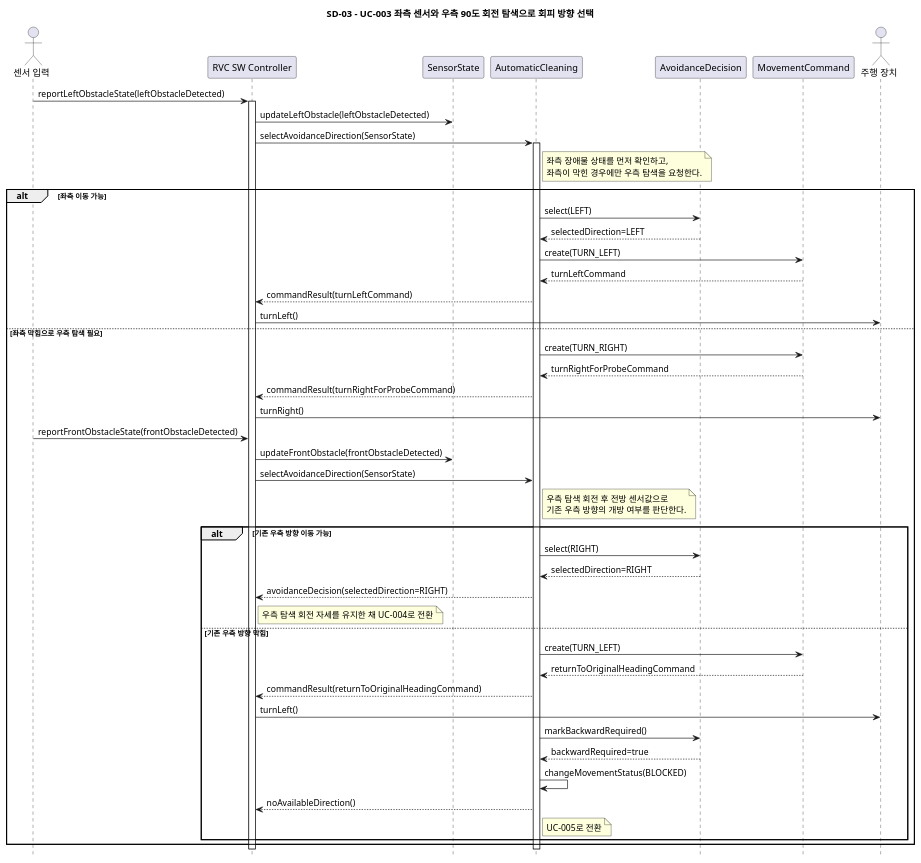
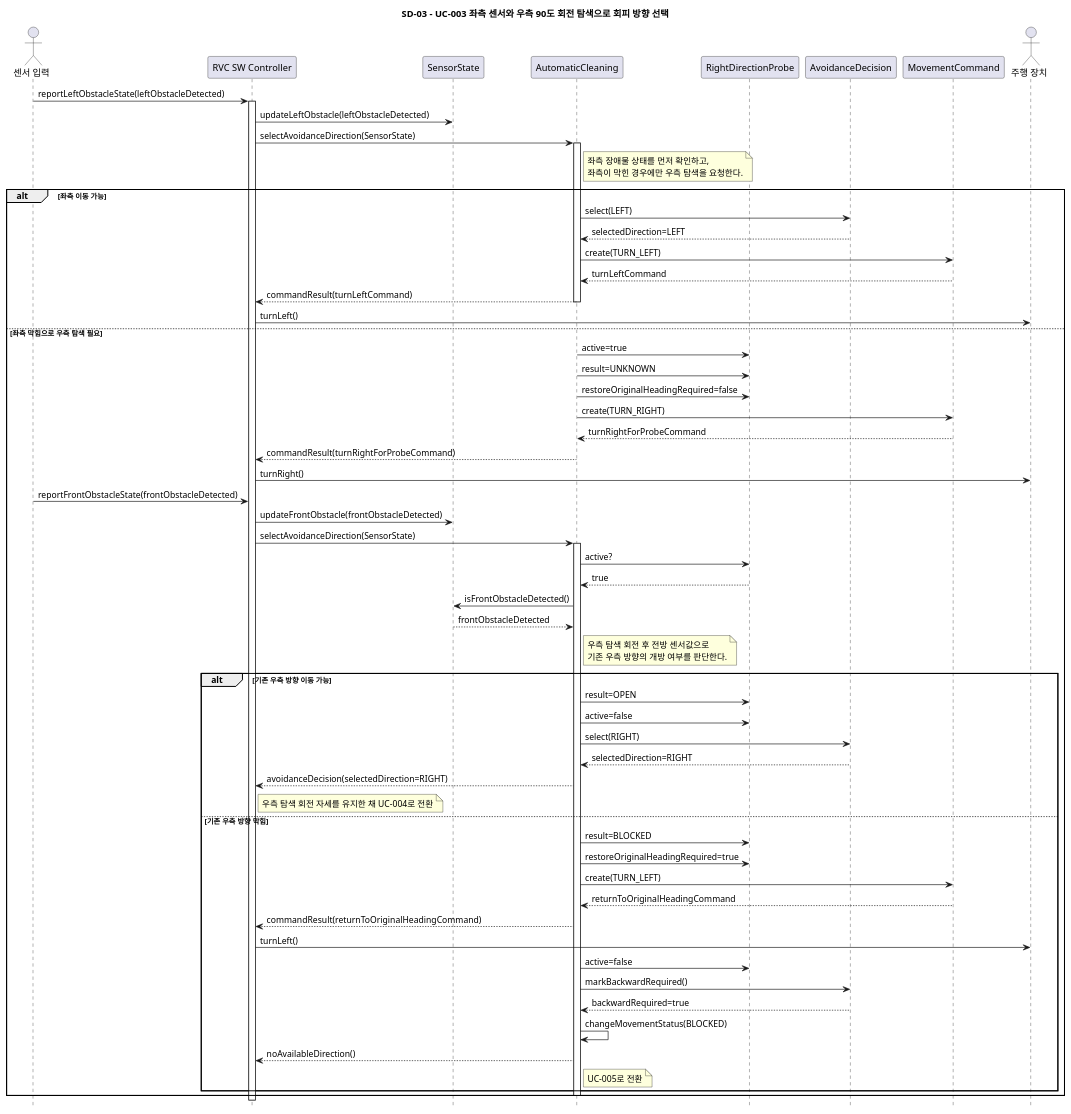
The diagram in docs/sd-without-right-sensor/SD-03.puml (OOAD-Team3/Robot-Vacuum-Cleaner-AI), drawn with PlantUML before and after one commit. The commit also changed 1 other file, not shown here.

```diff
--- a/docs/sd-without-right-sensor/SD-03.puml
+++ b/docs/sd-without-right-sensor/SD-03.puml
@@ -6,58 +6,74 @@
 @startuml SD_03_UC003_Select_Avoidance_Direction_Without_Right_Sensor
 hide footbox
 title SD-03 - UC-003 좌측 센서와 우측 90도 회전 탐색으로 회피 방향 선택
 
 actor "센서 입력" as Sensor
 participant "RVC SW Controller" as Controller
 participant "SensorState" as SensorState
 participant "AutomaticCleaning" as Cleaning
+participant "RightDirectionProbe" as RightProbe
 participant "AvoidanceDecision" as AvoidanceDecision
 participant "MovementCommand" as MovementCommand
 actor "주행 장치" as Drive
 
 Sensor -> Controller: reportLeftObstacleState(leftObstacleDetected)
 activate Controller
 Controller -> SensorState: updateLeftObstacle(leftObstacleDetected)
 Controller -> Cleaning: selectAvoidanceDirection(SensorState)
 activate Cleaning
 note right of Cleaning: 좌측 장애물 상태를 먼저 확인하고,\n좌측이 막힌 경우에만 우측 탐색을 요청한다.
 
 alt 좌측 이동 가능
     Cleaning -> AvoidanceDecision: select(LEFT)
     AvoidanceDecision --> Cleaning: selectedDirection=LEFT
     Cleaning -> MovementCommand: create(TURN_LEFT)
     MovementCommand --> Cleaning: turnLeftCommand
     Cleaning --> Controller: commandResult(turnLeftCommand)
+    deactivate Cleaning
     Controller -> Drive: turnLeft()
 else 좌측 막힘으로 우측 탐색 필요
+    Cleaning -> RightProbe: active=true
+    Cleaning -> RightProbe: result=UNKNOWN
+    Cleaning -> RightProbe: restoreOriginalHeadingRequired=false
     Cleaning -> MovementCommand: create(TURN_RIGHT)
     MovementCommand --> Cleaning: turnRightForProbeCommand
     Cleaning --> Controller: commandResult(turnRightForProbeCommand)
+    deactivate Cleaning
     Controller -> Drive: turnRight()
 
     Sensor -> Controller: reportFrontObstacleState(frontObstacleDetected)
     Controller -> SensorState: updateFrontObstacle(frontObstacleDetected)
     Controller -> Cleaning: selectAvoidanceDirection(SensorState)
+    activate Cleaning
+    Cleaning -> RightProbe: active?
+    RightProbe --> Cleaning: true
+    Cleaning -> SensorState: isFrontObstacleDetected()
+    SensorState --> Cleaning: frontObstacleDetected
     note right of Cleaning: 우측 탐색 회전 후 전방 센서값으로\n기존 우측 방향의 개방 여부를 판단한다.
 
     alt 기존 우측 방향 이동 가능
+        Cleaning -> RightProbe: result=OPEN
+        Cleaning -> RightProbe: active=false
         Cleaning -> AvoidanceDecision: select(RIGHT)
         AvoidanceDecision --> Cleaning: selectedDirection=RIGHT
         Cleaning --> Controller: avoidanceDecision(selectedDirection=RIGHT)
         note right of Controller: 우측 탐색 회전 자세를 유지한 채 UC-004로 전환
     else 기존 우측 방향 막힘
+        Cleaning -> RightProbe: result=BLOCKED
+        Cleaning -> RightProbe: restoreOriginalHeadingRequired=true
         Cleaning -> MovementCommand: create(TURN_LEFT)
         MovementCommand --> Cleaning: returnToOriginalHeadingCommand
         Cleaning --> Controller: commandResult(returnToOriginalHeadingCommand)
         Controller -> Drive: turnLeft()
+        Cleaning -> RightProbe: active=false
         Cleaning -> AvoidanceDecision: markBackwardRequired()
         AvoidanceDecision --> Cleaning: backwardRequired=true
         Cleaning -> Cleaning: changeMovementStatus(BLOCKED)
         Cleaning --> Controller: noAvailableDirection()
         note right of Cleaning: UC-005로 전환
     end
+    deactivate Cleaning
 end
 
-deactivate Cleaning
 deactivate Controller
 @enduml
```
